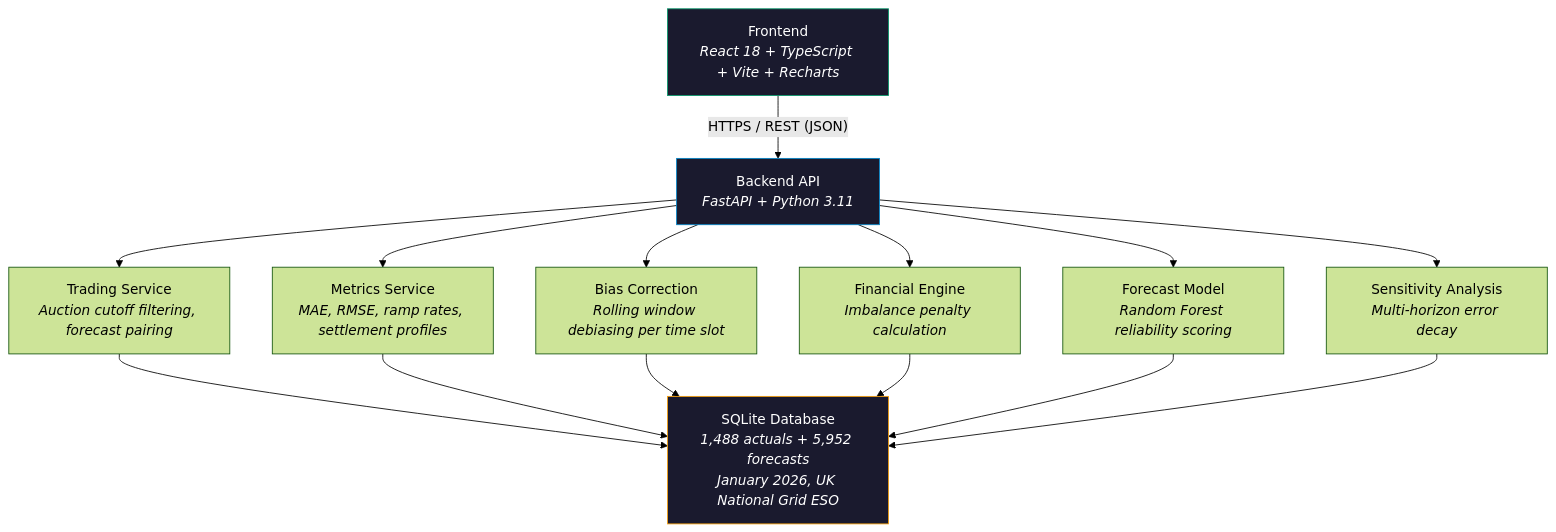
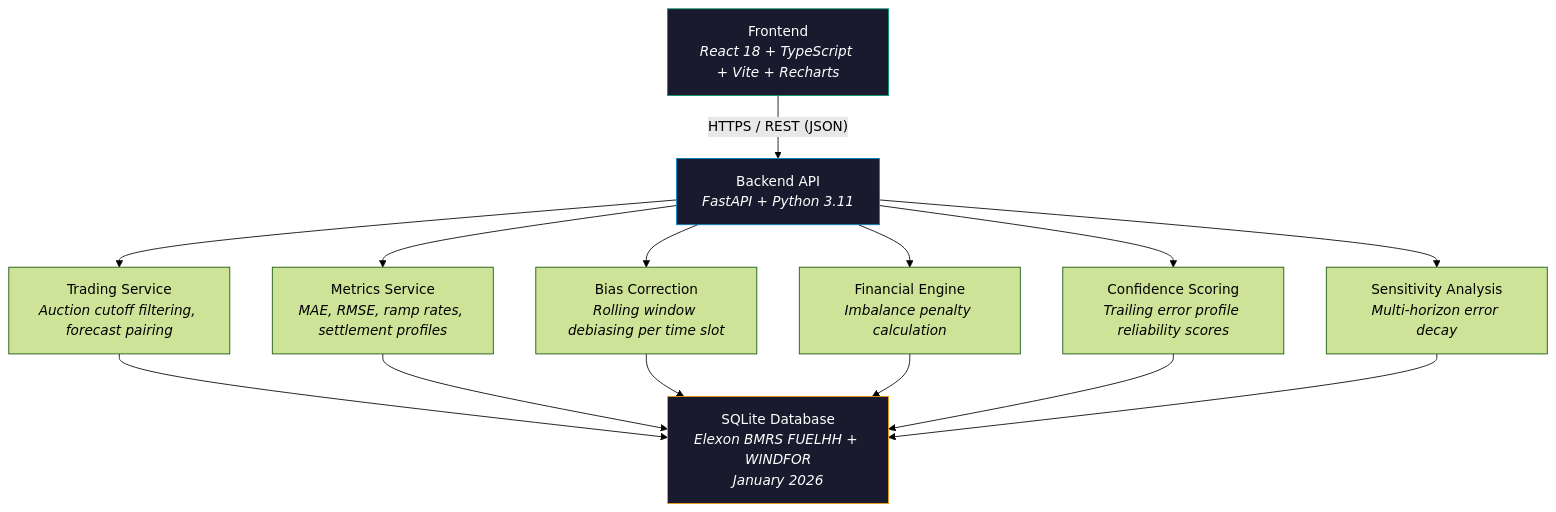
The diagram in README.md (FARINATTAR/kjhwr-), drawn with Mermaid (forest theme) before and after one commit. The commit also changed other lines of this file and 2 other files, not shown here.

````diff
--- a/README.md
+++ b/README.md
@@ -32,20 +41,20 @@
 ```mermaid
 graph TD
     A["Frontend<br/><i>React 18 + TypeScript + Vite + Recharts</i>"] -->|"HTTPS / REST (JSON)"| B["Backend API<br/><i>FastAPI + Python 3.11</i>"]
     B --> C["Trading Service<br/><i>Auction cutoff filtering, forecast pairing</i>"]
     B --> D["Metrics Service<br/><i>MAE, RMSE, ramp rates, settlement profiles</i>"]
     B --> E["Bias Correction<br/><i>Rolling window debiasing per time slot</i>"]
     B --> F["Financial Engine<br/><i>Imbalance penalty calculation</i>"]
-    B --> G["Forecast Model<br/><i>Random Forest reliability scoring</i>"]
+    B --> G["Confidence Scoring<br/><i>Trailing error profile reliability scores</i>"]
     B --> H["Sensitivity Analysis<br/><i>Multi-horizon error decay</i>"]
-    C --> I["SQLite Database<br/><i>1,488 actuals + 5,952 forecasts</i><br/><i>January 2026, UK National Grid ESO</i>"]
+    C --> I["SQLite Database<br/><i>Elexon BMRS FUELHH + WINDFOR</i><br/><i>January 2026</i>"]
     D --> I
     E --> I
     F --> I
     G --> I
     H --> I
 
     style A fill:#1a1a2e,stroke:#059669,color:#fff
     style B fill:#1a1a2e,stroke:#0284c7,color:#fff
     style I fill:#1a1a2e,stroke:#f59e0b,color:#fff
 ```
````
